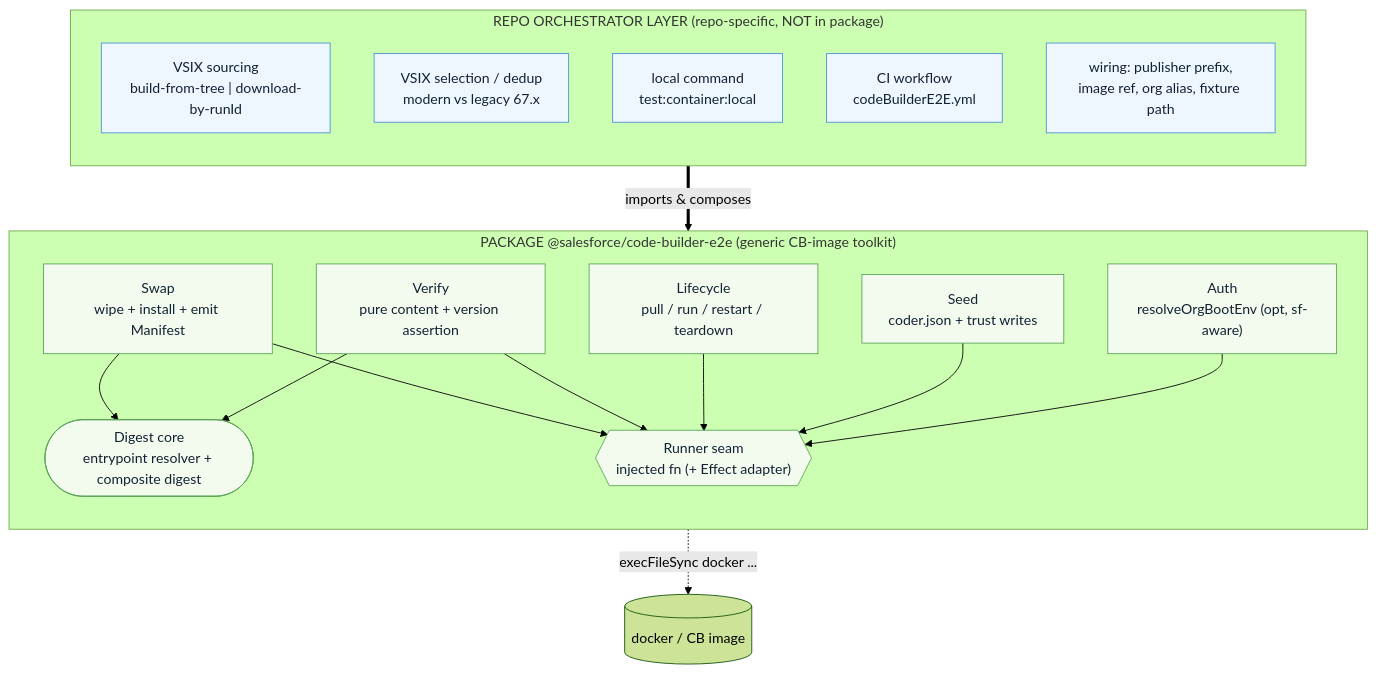
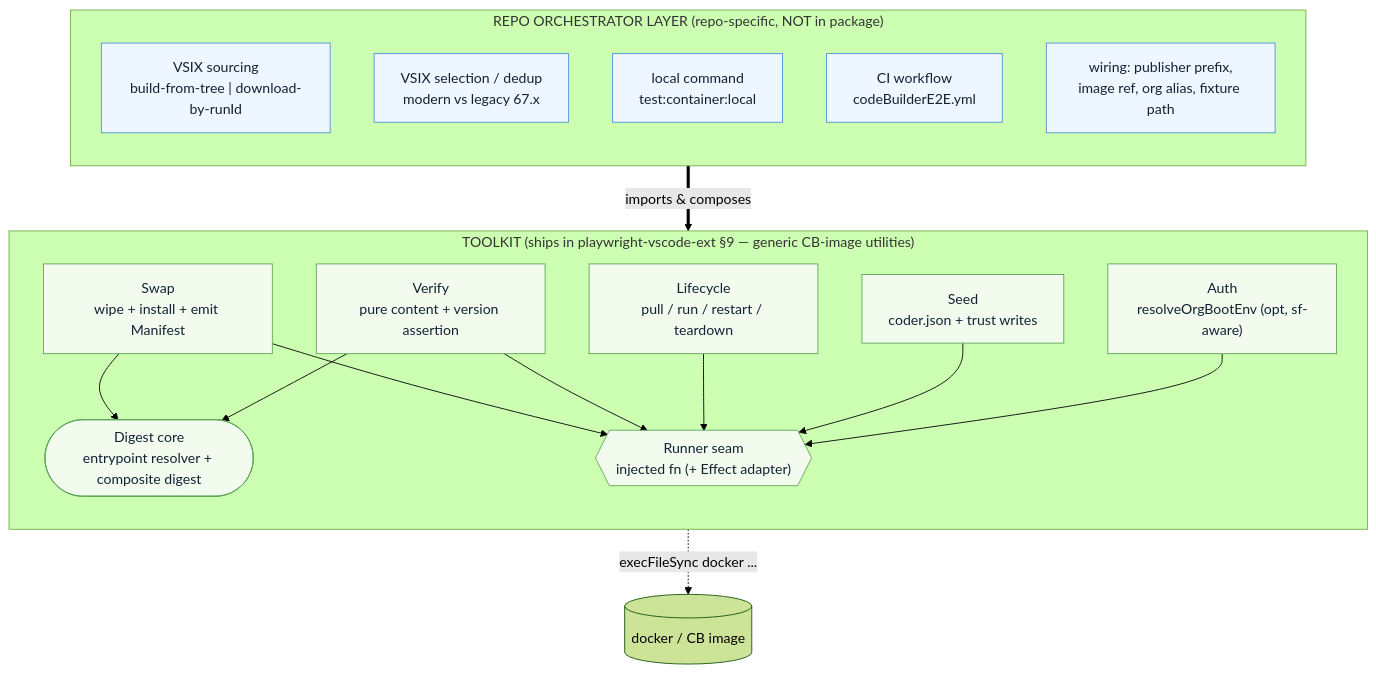
The first of 14 diagrams in docs/plans/code-builder-e2e-toolkit.md (forcedotcom/salesforcedx-vscode), drawn with Mermaid (forest theme) before and after one commit. The commit also changed other lines of this file, not shown here.

````diff
--- a/docs/plans/code-builder-e2e-toolkit.md
+++ b/docs/plans/code-builder-e2e-toolkit.md
@@ -135,38 +154,38 @@
 ```mermaid
 flowchart TB
     subgraph REPO["REPO ORCHESTRATOR LAYER (repo-specific, NOT in package)"]
         direction TB
         SRC["VSIX sourcing<br/>build-from-tree | download-by-runId"]
         DEDUP["VSIX selection / dedup<br/>modern vs legacy 67.x"]
         LOCAL["local command<br/>test:container:local"]
         CI["CI workflow<br/>codeBuilderE2E.yml"]
         WIRE["wiring: publisher prefix,<br/>image ref, org alias, fixture path"]
     end
 
-    subgraph PKG["PACKAGE @salesforce/code-builder-e2e (generic CB-image toolkit)"]
+    subgraph PKG["TOOLKIT (ships in playwright-vscode-ext §9 — generic CB-image utilities)"]
         direction TB
         LIFE["Lifecycle<br/>pull / run / restart / teardown"]
         AUTH["Auth<br/>resolveOrgBootEnv (opt, sf-aware)"]
         SWAP["Swap<br/>wipe + install + emit Manifest"]
         SEED["Seed<br/>coder.json + trust writes"]
         VERIFY["Verify<br/>pure content + version assertion"]
         DIGEST(["Digest core<br/>entrypoint resolver + composite digest"])
         RUNNER{{"Runner seam<br/>injected fn (+ Effect adapter)"}}
 
         SWAP --> DIGEST
         VERIFY --> DIGEST
         SWAP --> RUNNER
         VERIFY --> RUNNER
         LIFE --> RUNNER
         SEED --> RUNNER
         AUTH --> RUNNER
     end
 
     REPO ==>|imports & composes| PKG
     RUNNER -.->|execFileSync docker ...| DOCKER[("docker / CB image")]
 
     classDef repo fill:#eef6ff,stroke:#4a90d9,color:#123;
     classDef pkg fill:#f3fbef,stroke:#5aa457,color:#123;
     class SRC,DEDUP,LOCAL,CI,WIRE repo;
     class LIFE,AUTH,SWAP,SEED,VERIFY,DIGEST,RUNNER pkg;
 ```
````
